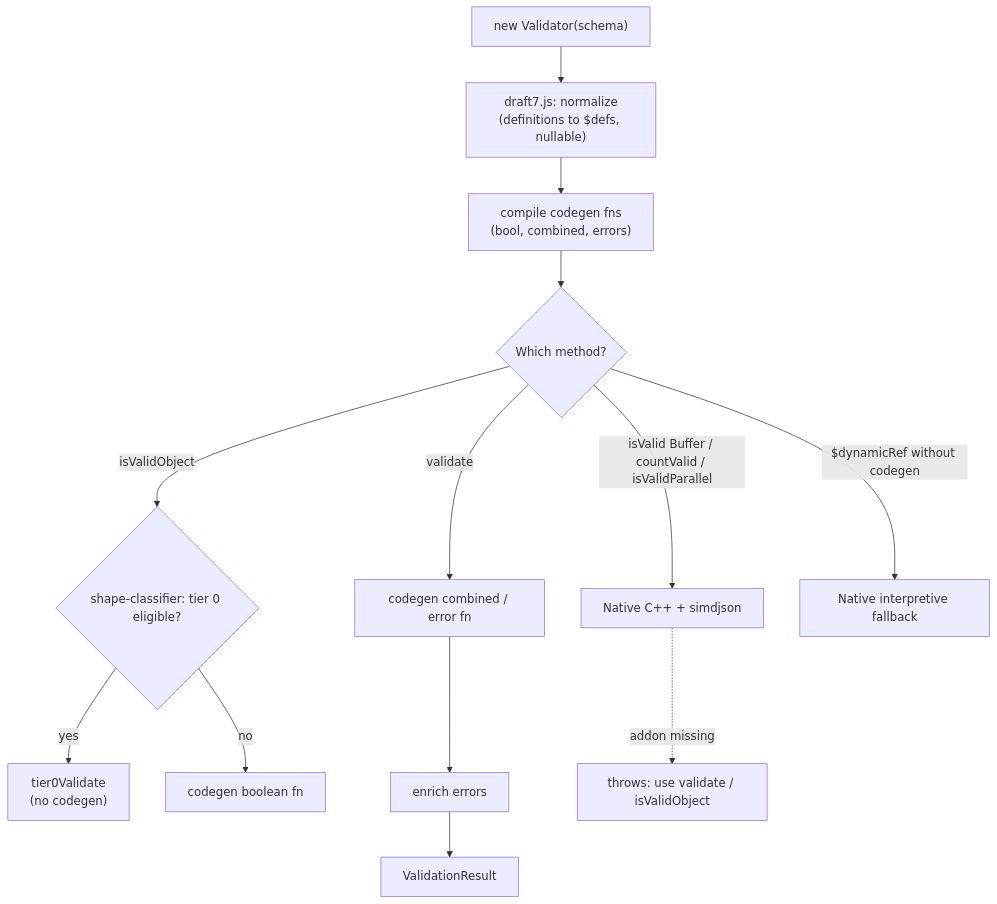
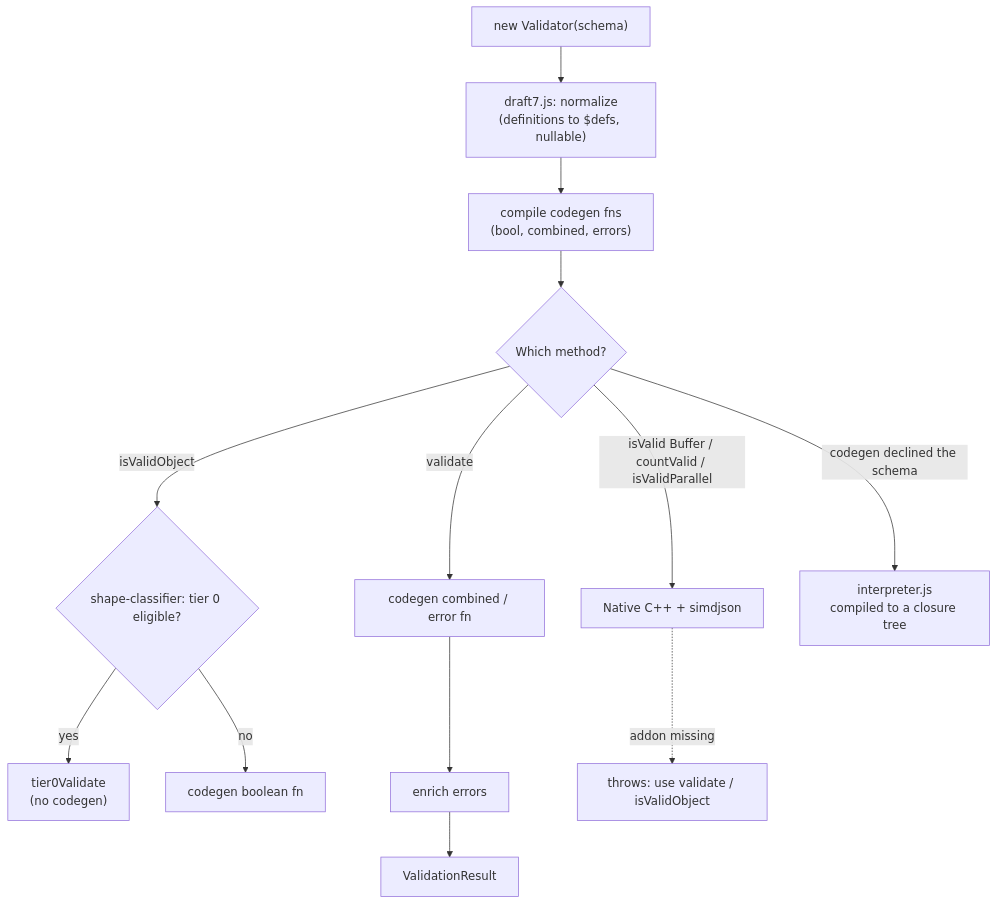
Before and after one commit to ata-core/ata-validator: the second of 6 diagrams in ARCHITECTURE.md, drawn with Mermaid. The commit also changed other lines of this file and 4 other files, not shown here.

````diff
--- a/ARCHITECTURE.md
+++ b/ARCHITECTURE.md
@@ -80,20 +89,20 @@
 ```mermaid
 flowchart TD
   NEW["new Validator(schema)"] --> N["draft7.js: normalize<br/>(definitions to $defs, nullable)"]
   N --> C["compile codegen fns<br/>(bool, combined, errors)"]
 
   C --> M{"Which method?"}
 
   M -->|isValidObject| CL{"shape-classifier: tier 0 eligible?"}
   CL -->|yes| T0["tier0Validate<br/>(no codegen)"]
   CL -->|no| BOOL["codegen boolean fn"]
 
   M -->|validate| ERR["codegen combined / error fn"]
   ERR --> EN["enrich errors"]
   EN --> RES["ValidationResult"]
 
   M -->|isValid Buffer / countValid / isValidParallel| NAT["Native C++ + simdjson"]
   NAT -.->|addon missing| THROW["throws: use validate / isValidObject"]
 
-  M -->|$dynamicRef without codegen| NATI["Native interpretive fallback"]
+  M -->|codegen declined the schema| INT["interpreter.js<br/>compiled to a closure tree"]
 ```
````
